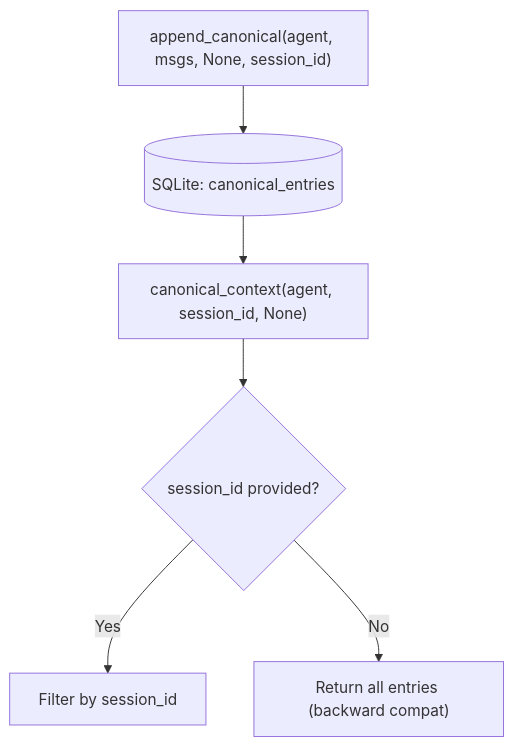
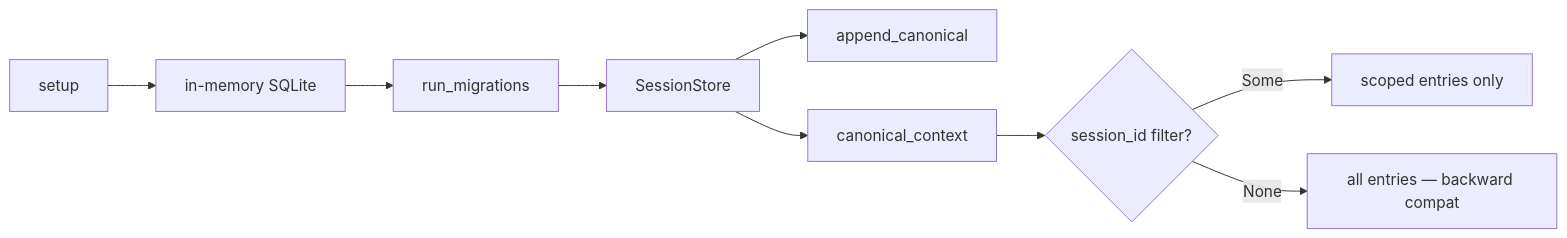
The diagram in other-librefang-memory-tests.md (leszek3737/librefang-WIki), drawn with Mermaid before and after one commit. The commit also changed other lines of this file and 70 other files, not shown here.

````diff
--- a/other-librefang-memory-tests.md
+++ b/other-librefang-memory-tests.md
@@ -19,8 +11,11 @@
 ```mermaid
-flowchart TD
-    A["append_canonical(agent, msgs, None, session_id)"] --> B[(SQLite: canonical_entries)]
-    B --> C["canonical_context(agent, session_id, None)"]
-    C --> D{session_id provided?}
-    D -- Yes --> E["Filter by session_id"]
-    D -- No --> F["Return all entries (backward compat)"]
+flowchart LR
+    A[setup] --> B[in-memory SQLite]
+    B --> C[run_migrations]
+    C --> D[SessionStore]
+    D --> E[append_canonical]
+    D --> F[canonical_context]
+    F --> G{session_id filter?}
+    G -->|Some| H[scoped entries only]
+    G -->|None| I[all entries — backward compat]
 ```
````
